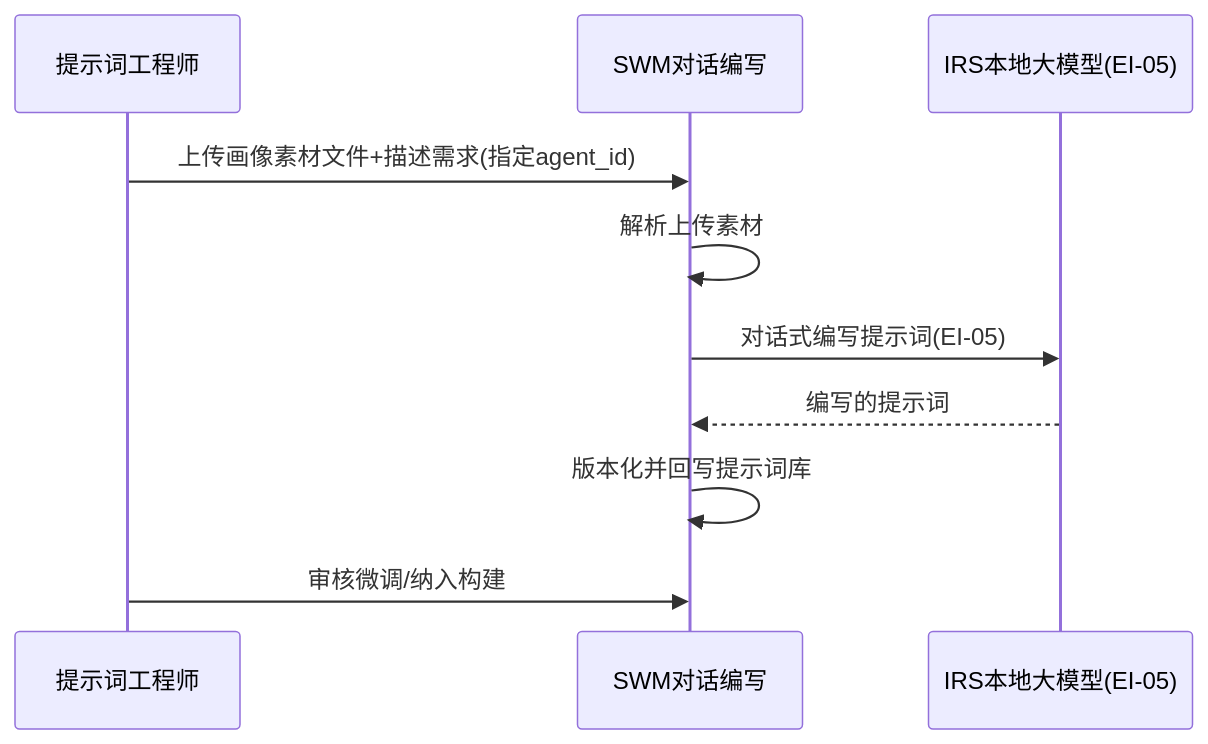
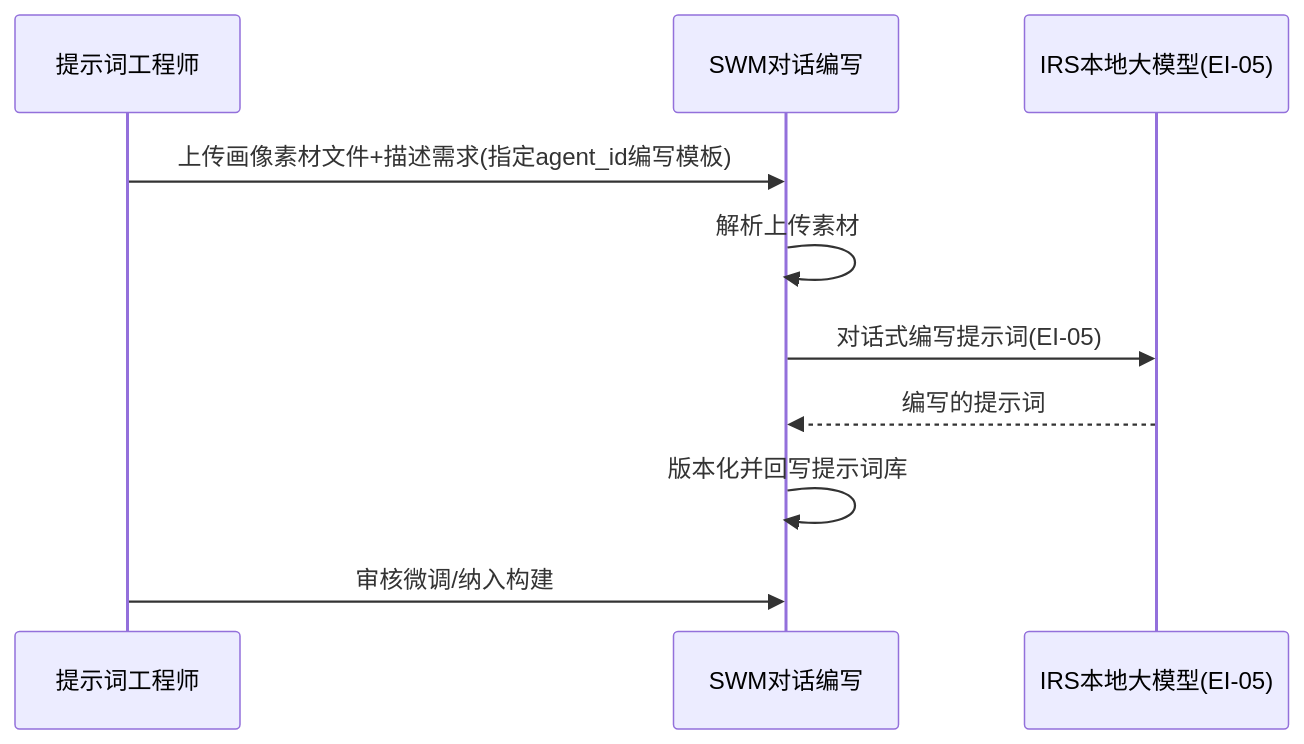
The tenth of 10 diagrams in 公司项目/认知作战/文档/SRS/软件需求规格说明-SWM子系统.md (Sj-g/obsidian), drawn with Mermaid before and after one commit. The commit also changed other lines of this file and 3 other files, not shown here.

````diff
--- a/公司项目/认知作战/文档/SRS/软件需求规格说明-SWM子系统.md
+++ b/公司项目/认知作战/文档/SRS/软件需求规格说明-SWM子系统.md
@@ -518,12 +518,12 @@
 ```mermaid
 sequenceDiagram
   participant 工程师 as 提示词工程师
   participant SWM as SWM对话编写
   participant IRS as IRS本地大模型(EI-05)
-  工程师->>SWM: 上传画像素材文件+描述需求(指定agent_id)
+  工程师->>SWM: 上传画像素材文件+描述需求(指定agent_id编写模板)
   SWM->>SWM: 解析上传素材
   SWM->>IRS: 对话式编写提示词(EI-05)
   IRS-->>SWM: 编写的提示词
   SWM->>SWM: 版本化并回写提示词库
   工程师->>SWM: 审核微调/纳入构建
 ```
````
